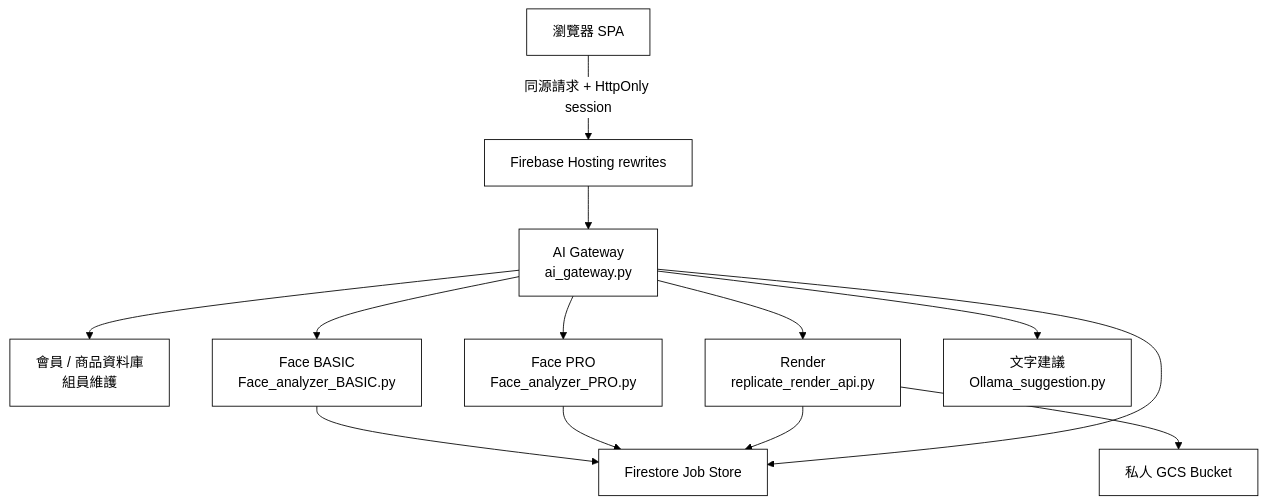
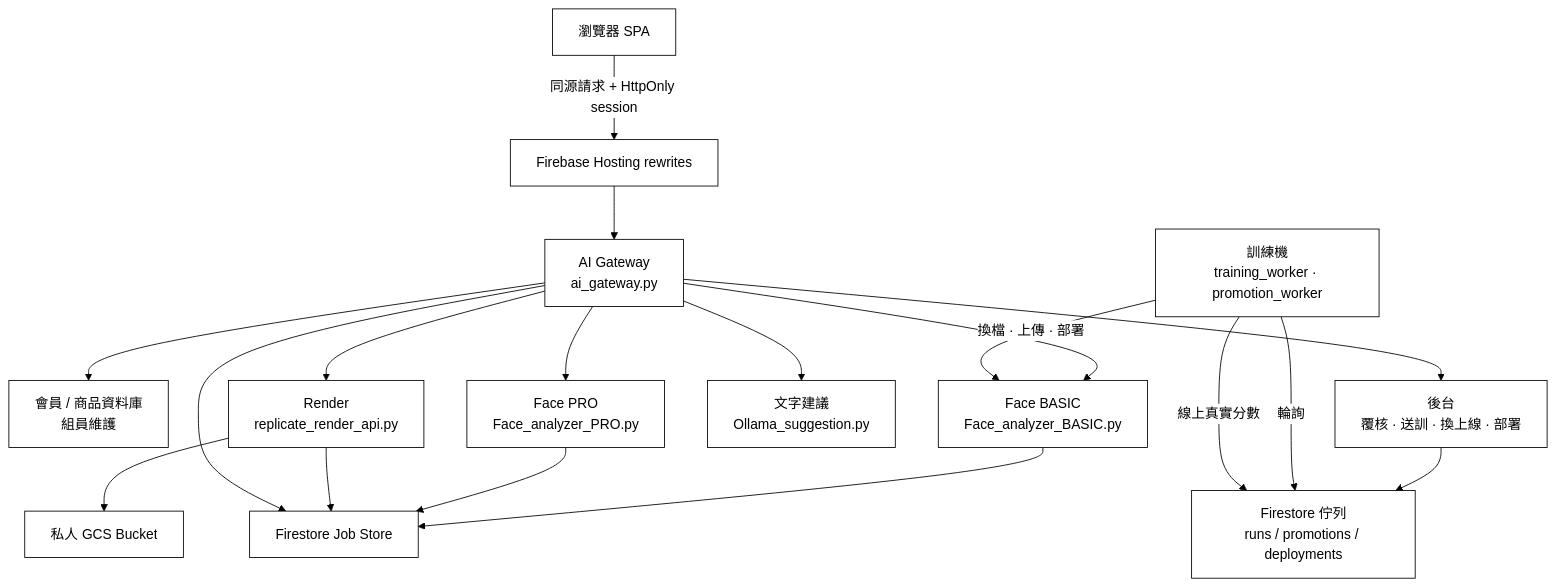
The first of 2 diagrams in README.md (vivi930319/DecorateMeAI), drawn with Mermaid before and after one commit. The commit also changed other lines of this file, not shown here.

````diff
--- a/README.md
+++ b/README.md
@@ -22,18 +26,24 @@
 ```mermaid
 %%{init: {'theme': 'base', 'themeVariables': {'primaryColor': '#ffffff', 'primaryTextColor': '#000000', 'primaryBorderColor': '#000000', 'lineColor': '#000000', 'secondaryColor': '#ffffff', 'tertiaryColor': '#ffffff', 'tertiaryTextColor': '#000000', 'tertiaryBorderColor': '#000000'}}}%%
 flowchart TD
     A[瀏覽器 SPA] -->|同源請求 + HttpOnly session| B[Firebase Hosting rewrites]
     B --> C[AI Gateway<br/>ai_gateway.py]
 
     C --> D[會員 / 商品資料庫<br/>組員維護]
     C --> E[Face BASIC<br/>Face_analyzer_BASIC.py]
     C --> F[Face PRO<br/>Face_analyzer_PRO.py]
     C --> G[Render<br/>replicate_render_api.py]
     C --> H[文字建議<br/>Ollama_suggestion.py]
 
     G --> I[私人 GCS Bucket]
     E --> J[Firestore Job Store]
     F --> J
     G --> J
     C --> J
+
+    C --> K[後台<br/>覆核 · 送訓 · 換上線 · 部署]
+    K --> L[Firestore 佇列<br/>runs / promotions / deployments]
+    M[訓練機<br/>training_worker · promotion_worker] -->|輪詢| L
+    M -->|換檔 · 上傳 · 部署| E
+    M -->|線上真實分數| L
 ```
````
